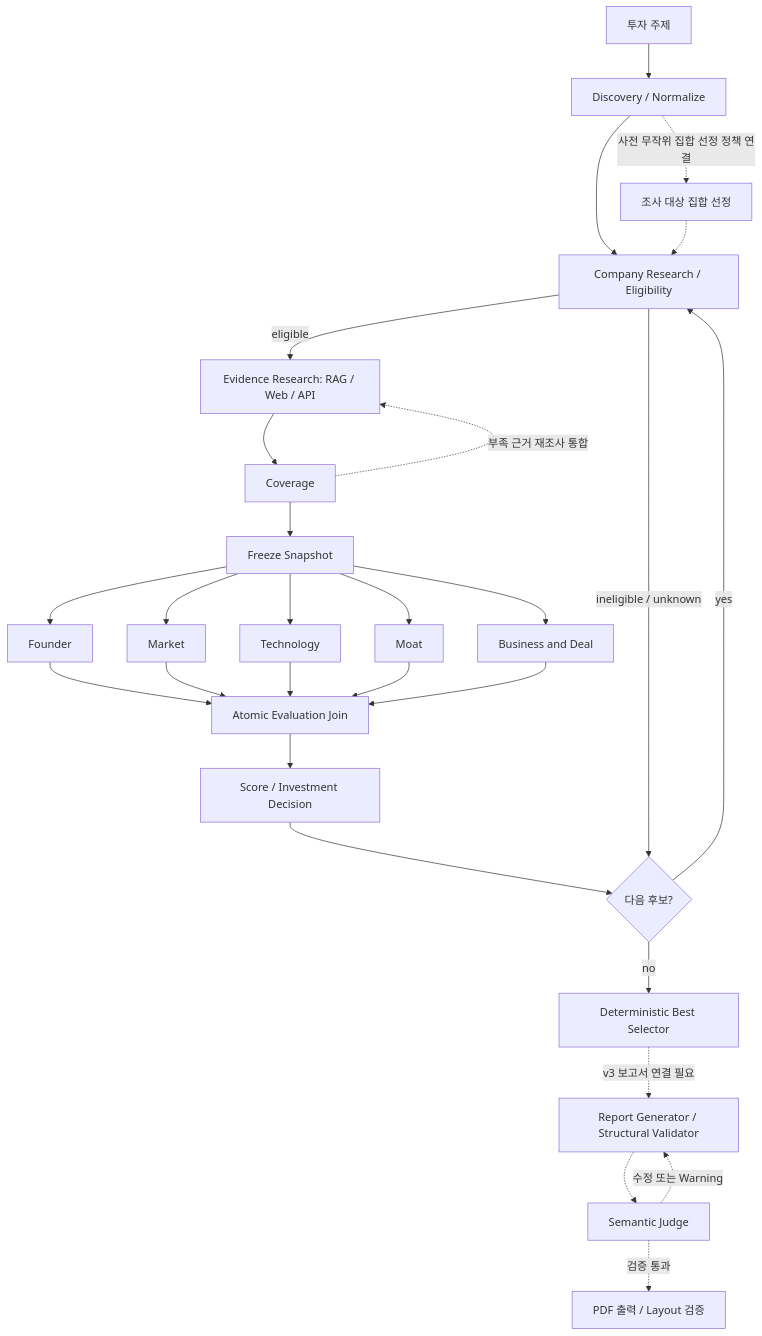
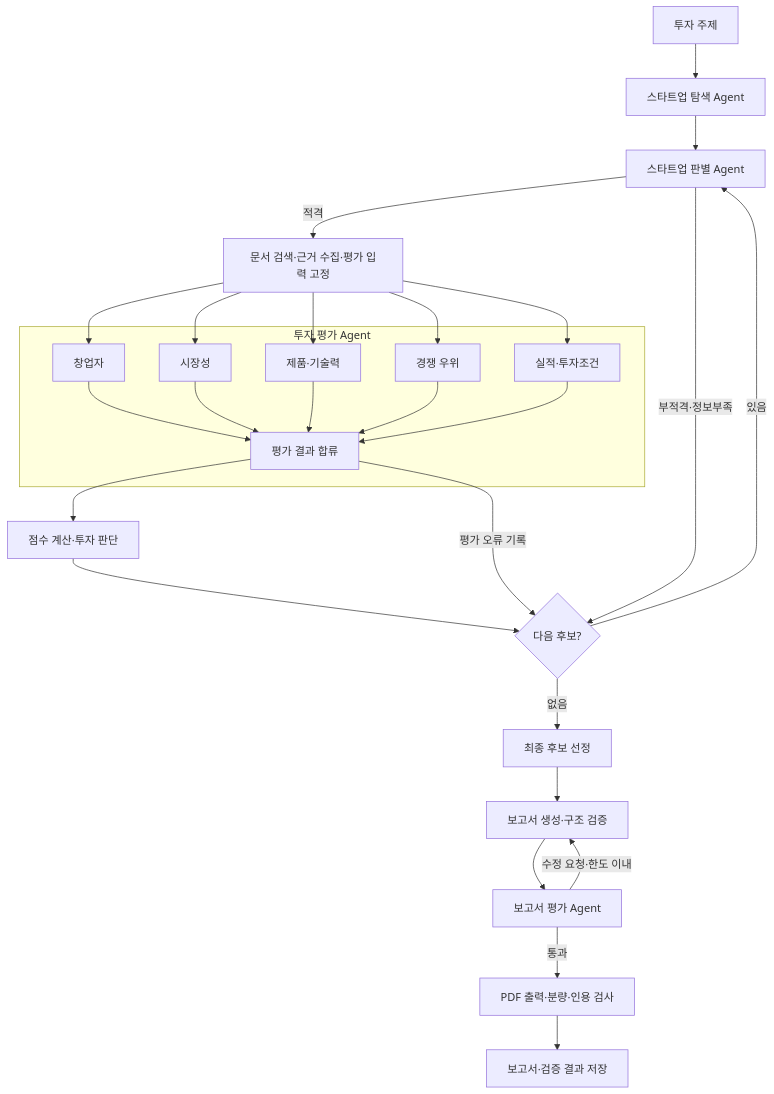
One commit to rice-steamed-water/skala-rag changed the diagram in README.md. Above: the diagram before and after it, drawn with Mermaid. The commit also changed other lines of this file, not shown here.

````diff
--- a/README.md
+++ b/README.md
@@ -59,30 +59,29 @@
 ```mermaid
 flowchart TD
-    INPUT[투자 주제] --> D[Discovery / Normalize]
-    D --> R[Company Research / Eligibility]
-    D -. 사전 무작위 집합 선정 정책 연결 .-> RANDOM[조사 대상 집합 선정]
-    RANDOM -.-> R
-    R -->|eligible| E[Evidence Research: RAG / Web / API]
-    E --> C[Coverage]
-    C -. 부족 근거 재조사 통합 .-> E
-    C --> S[Freeze Snapshot]
-    S --> F[Founder]
-    S --> M[Market]
-    S --> T[Technology]
-    S --> O[Moat]
-    S --> B[Business and Deal]
-    F --> J[Atomic Evaluation Join]
-    M --> J
-    T --> J
-    O --> J
-    B --> J
-    J --> A[Score / Investment Decision]
+    INPUT[투자 주제] --> D[스타트업 탐색 Agent]
+    D --> R[스타트업 판별 Agent]
+    R -->|적격| E[문서 검색·근거 수집·평가 입력 고정]
+    subgraph EVALUATION[투자 평가 Agent]
+        F[창업자] --> J[평가 결과 합류]
+        M[시장성] --> J
+        T[제품·기술력] --> J
+        O[경쟁 우위] --> J
+        B[실적·투자조건] --> J
+    end
+    E --> F
+    E --> M
+    E --> T
+    E --> O
+    E --> B
+    J --> A[점수 계산·투자 판단]
     A --> N{다음 후보?}
-    R -->|ineligible / unknown| N
-    N -->|yes| R
-    N -->|no| BEST[Deterministic Best Selector]
-    BEST -. v3 보고서 연결 필요 .-> REPORT[Report Generator / Structural Validator]
-    REPORT -.-> JUDGE[Semantic Judge]
-    JUDGE -. 수정 또는 Warning .-> REPORT
-    JUDGE -. 검증 통과 .-> PDF[PDF 출력 / Layout 검증]
+    R -->|부적격·정보부족| N
+    J -->|평가 오류 기록| N
+    N -->|있음| R
+    N -->|없음| BEST[최종 후보 선정]
+    BEST --> REPORT[보고서 생성·구조 검증]
+    REPORT --> JUDGE[보고서 평가 Agent]
+    JUDGE -->|통과| PDF[PDF 출력·분량·인용 검사]
+    JUDGE -->|수정 요청·한도 이내| REPORT
+    PDF --> OUT[보고서·검증 결과 저장]
 ```
````
